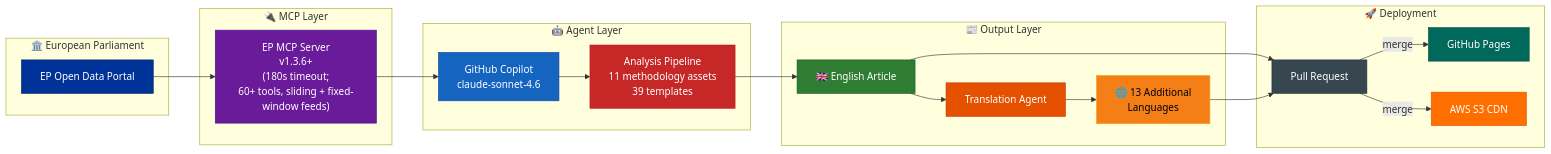
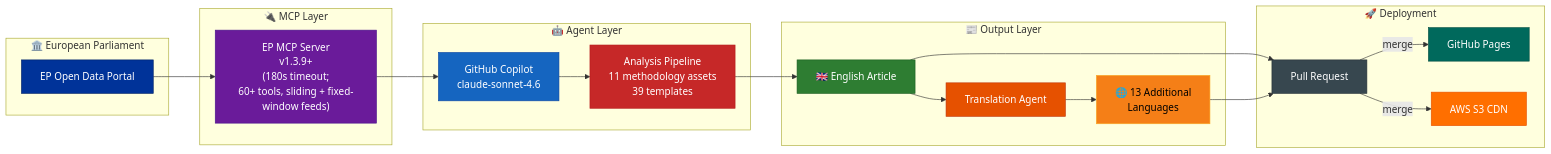
Before and after one commit to Hack23/euparliamentmonitor: diagram 22 of 22 in WORKFLOWS.md, drawn with Mermaid. The commit also changed other lines of this file and 64 other files, not shown here.

First line of the commit message:
bump european-parliament-mcp-server to 1.3.9 across workflows, config, MCP client, tests and docs

````diff
--- a/WORKFLOWS.md
+++ b/WORKFLOWS.md
@@ -2156,42 +2156,42 @@
 ```mermaid
 flowchart LR
     subgraph "🏛️ European Parliament"
         EP["EP Open Data Portal"]
     end
 
     subgraph "🔌 MCP Layer"
-        MCP["EP MCP Server<br/>v1.3.6+<br/>(180s timeout;<br/>60+ tools, sliding + fixed-window feeds)"]
+        MCP["EP MCP Server<br/>v1.3.9+<br/>(180s timeout;<br/>60+ tools, sliding + fixed-window feeds)"]
     end
 
     subgraph "🤖 Agent Layer"
         Agent["GitHub Copilot<br/>claude-sonnet-4.6"]
         Analyze["Analysis Pipeline<br/>11 methodology assets<br/>39 templates"]
     end
 
     subgraph "📰 Output Layer"
         EN["🇬🇧 English Article"]
         Translate["Translation Agent"]
         Multi["🌐 13 Additional<br/>Languages"]
     end
 
     subgraph "🚀 Deployment"
         PR["Pull Request"]
         Pages["GitHub Pages"]
         S3["AWS S3 CDN"]
     end
 
     EP --> MCP --> Agent --> Analyze --> EN --> PR
     EN --> Translate --> Multi --> PR
     PR --> |"merge"| Pages & S3
 
     style EP fill:#003399,stroke:#002266,color:#FFFFFF
     style MCP fill:#6A1B9A,stroke:#4A148C,color:#FFFFFF
     style Agent fill:#1565C0,stroke:#0D47A1,color:#FFFFFF
     style Analyze fill:#C62828,stroke:#B71C1C,color:#FFFFFF
     style EN fill:#2E7D32,stroke:#1B5E20,color:#FFFFFF
     style Translate fill:#E65100,stroke:#BF360C,color:#FFFFFF
     style Multi fill:#F57F17,stroke:#F9A825,color:#000000
     style PR fill:#37474F,stroke:#263238,color:#FFFFFF
     style Pages fill:#00695C,stroke:#004D40,color:#FFFFFF
     style S3 fill:#FF6F00,stroke:#E65100,color:#FFFFFF
 ```
````
